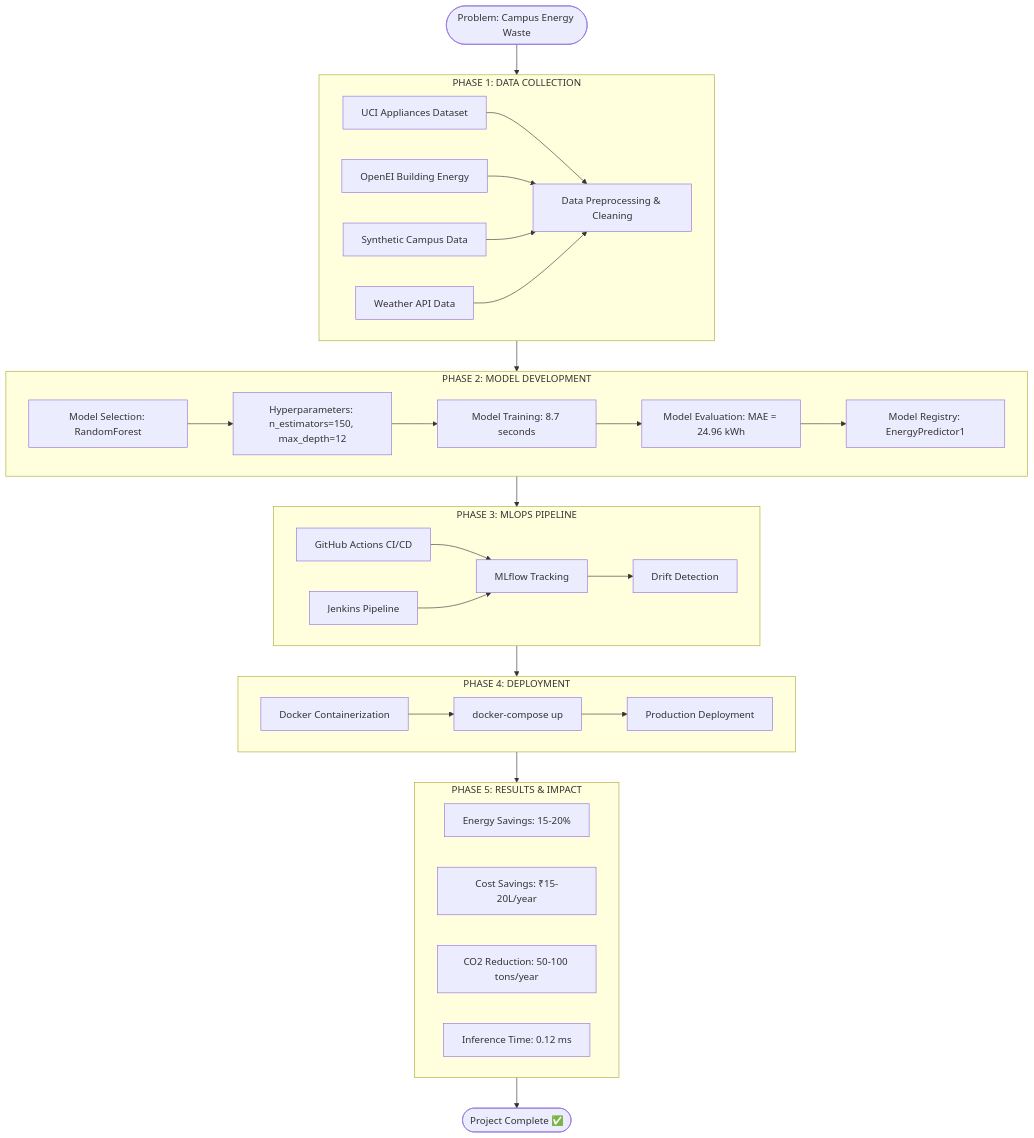
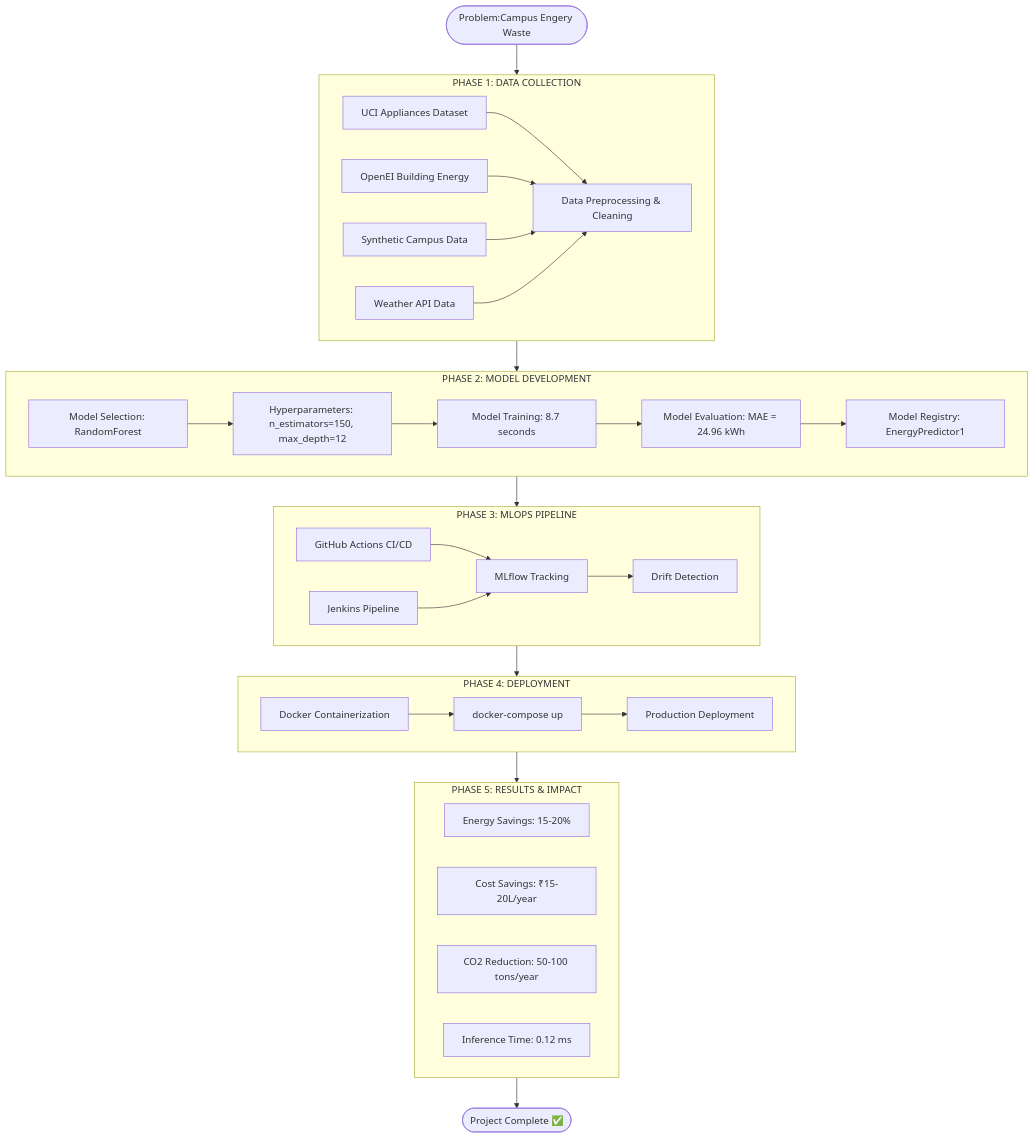
The diagram in README.md (ruchika-pandey/smart-campus-energy-optimizer), drawn with Mermaid before and after one commit. The commit also changed other lines of this file, not shown here.

````diff
--- a/README.md
+++ b/README.md
@@ -173,63 +173,63 @@
 ```mermaid
 flowchart TD
-    START([Problem: Campus Energy Waste]) --> PHASE1
+    START([Problem:Campus Engery Waste]) --> PHASE1
 
     subgraph PHASE1 [PHASE 1: DATA COLLECTION]
         A1[UCI Appliances Dataset]
         A2[OpenEI Building Energy]
         A3[Synthetic Campus Data]
         A4[Weather API Data]
         A5[Data Preprocessing & Cleaning]
         
         A1 --> A5
         A2 --> A5
         A3 --> A5
         A4 --> A5
     end
 
     PHASE1 --> PHASE2
 
     subgraph PHASE2 [PHASE 2: MODEL DEVELOPMENT]
         B1[Model Selection: RandomForest]
         B2[Hyperparameters: n_estimators=150, max_depth=12]
         B3[Model Training: 8.7 seconds]
         B4[Model Evaluation: MAE = 24.96 kWh]
         B5[Model Registry: EnergyPredictor1]
         
         B1 --> B2 --> B3 --> B4 --> B5
     end
 
     PHASE2 --> PHASE3
 
     subgraph PHASE3 [PHASE 3: MLOPS PIPELINE]
         C1[GitHub Actions CI/CD]
         C2[Jenkins Pipeline]
         C3[MLflow Tracking]
         C4[Drift Detection]
         
         C1 --> C3
         C2 --> C3
         C3 --> C4
     end
 
     PHASE3 --> PHASE4
 
     subgraph PHASE4 [PHASE 4: DEPLOYMENT]
         D1[Docker Containerization]
         D2[docker-compose up]
         D3[Production Deployment]
         
         D1 --> D2 --> D3
     end
 
     PHASE4 --> PHASE5
 
     subgraph PHASE5 [PHASE 5: RESULTS & IMPACT]
         E1[Energy Savings: 15-20%]
         E2[Cost Savings: ₹15-20L/year]
         E3[CO2 Reduction: 50-100 tons/year]
         E4[Inference Time: 0.12 ms]
     end
 
     PHASE5 --> END([Project Complete ✅])
 ```
````
